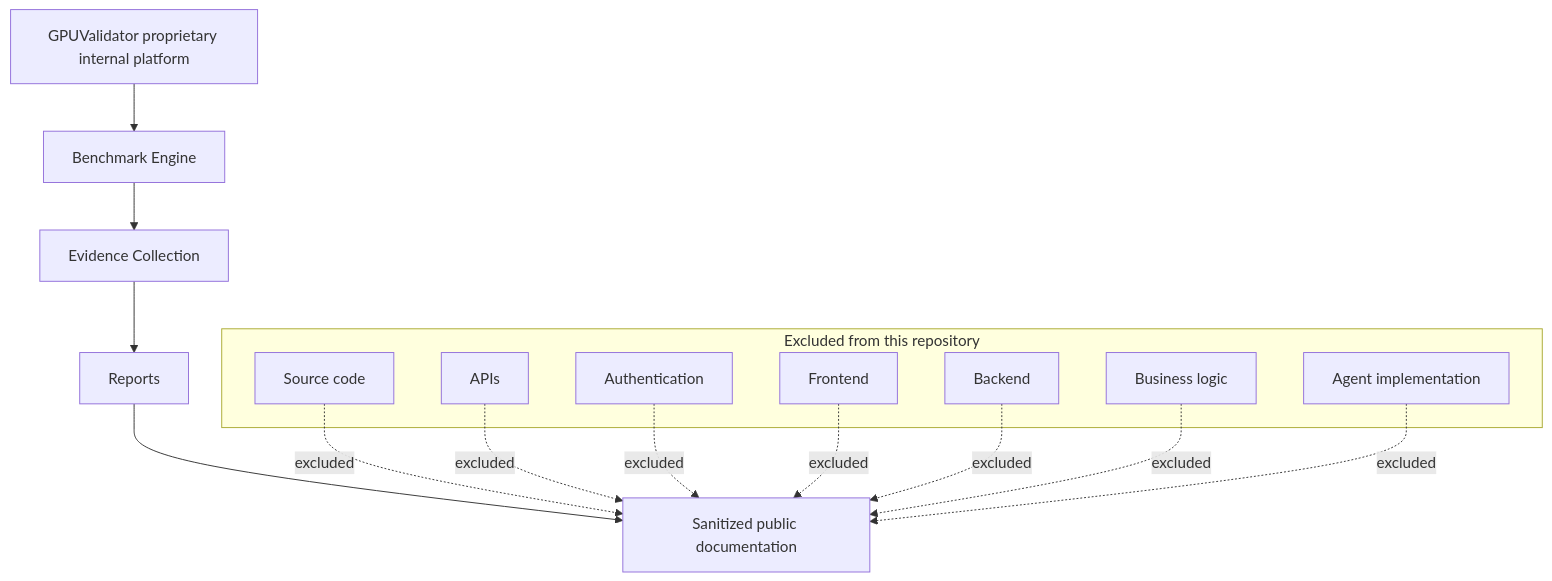
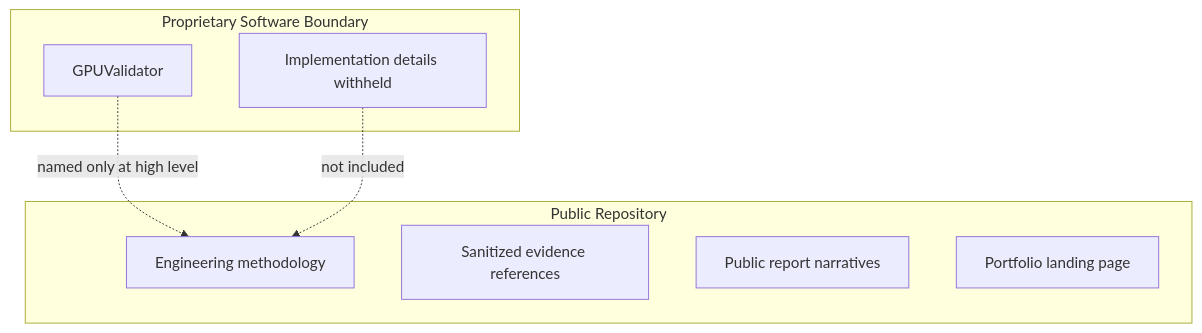
The third of 3 diagrams in docs/SYSTEM_ARCHITECTURE.md (svbion/gpu-benchmark-lab), drawn with Mermaid before and after one commit. The commit also changed other lines of this file and 50 other files, not shown here.

````diff
--- a/docs/SYSTEM_ARCHITECTURE.md
+++ b/docs/SYSTEM_ARCHITECTURE.md
@@ -33,25 +32,17 @@
 ```mermaid
 flowchart TD
-    GV[GPUValidator proprietary internal platform] --> BE[Benchmark Engine]
-    BE --> EC[Evidence Collection]
-    EC --> RG[Reports]
-    RG --> PUB[Sanitized public documentation]
-
-    subgraph Excluded from this repository
-      SRC[Source code]
-      API[APIs]
-      AUTH[Authentication]
-      FE[Frontend]
-      BCK[Backend]
-      LOGIC[Business logic]
-      AGENT[Agent implementation]
+    subgraph PUB[Public Repository]
+      METHOD[Engineering methodology]
+      SAFE[Sanitized evidence references]
+      NARRATIVE[Public report narratives]
+      LANDING[Portfolio landing page]
     end
 
-    SRC -. excluded .-> PUB
-    API -. excluded .-> PUB
-    AUTH -. excluded .-> PUB
-    FE -. excluded .-> PUB
-    BCK -. excluded .-> PUB
-    LOGIC -. excluded .-> PUB
-    AGENT -. excluded .-> PUB
+    subgraph PRIV[Proprietary Software Boundary]
+      GV[GPUValidator]
+      INTERNAL[Implementation details withheld]
+    end
+
+    GV -. named only at high level .-> METHOD
+    INTERNAL -. not included .-> METHOD
 ```
````
